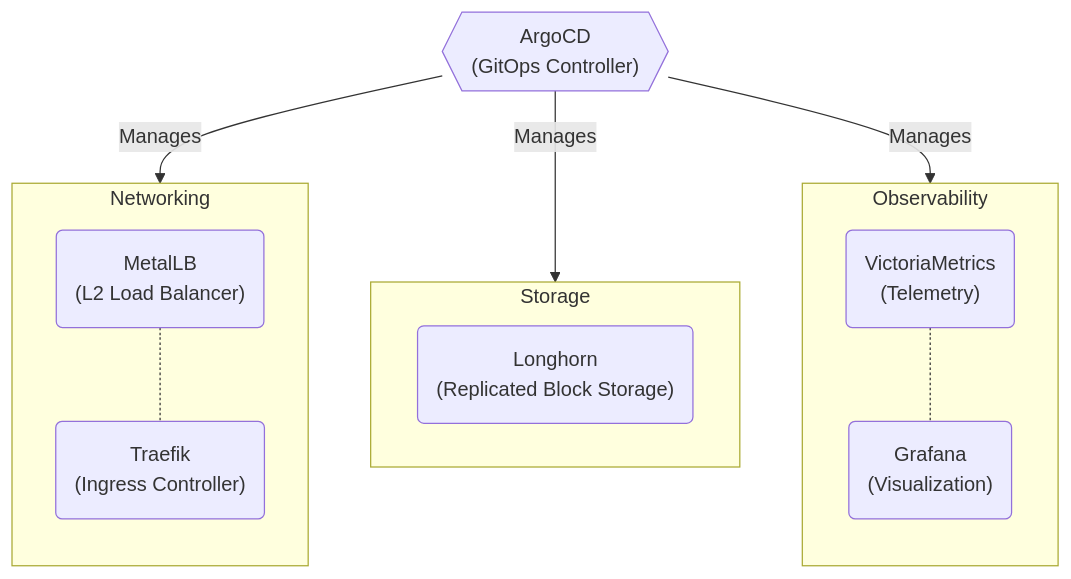
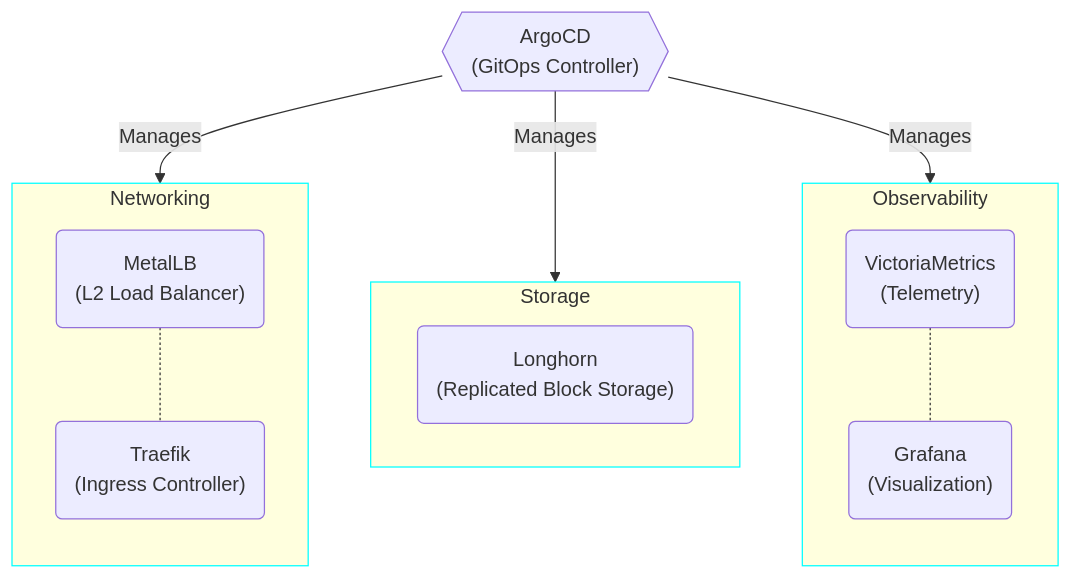
Before and after one commit to Kyleg142/nostramo-lab: the first of 2 diagrams in README.md, drawn with Mermaid.

Commit message:
Add styles to Networking, Storage, and Observability sections

````diff
--- a/README.md
+++ b/README.md
@@ -15,27 +15,30 @@
 ```mermaid
 graph TD
     Argo{{"ArgoCD<br/>(GitOps Controller)"}}
 
     subgraph Networking ["Networking"]
         direction TB
         MetalLB("MetalLB<br/>(L2 Load Balancer)")
         Traefik("Traefik<br/>(Ingress Controller)")
     end
+    style Networking stroke:#00ffff
 
     subgraph Storage ["Storage"]
         Longhorn("Longhorn<br/>(Replicated Block Storage)")
     end
+    style Storage stroke:#00ffff
 
     subgraph Observability ["Observability"]
         direction TB
         VM("VictoriaMetrics<br/>(Telemetry)")
         Grafana("Grafana<br/>(Visualization)")
     end
+    style Observability stroke:#00ffff
 
     Argo -->|Manages| Networking
     Argo -->|Manages| Storage
     Argo -->|Manages| Observability
     
     MetalLB -.- Traefik
     VM -.- Grafana
 ```
````
